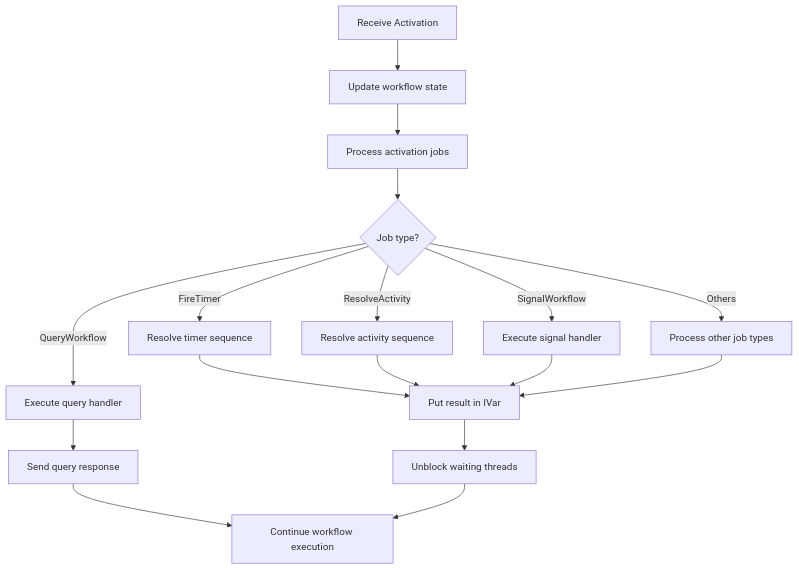
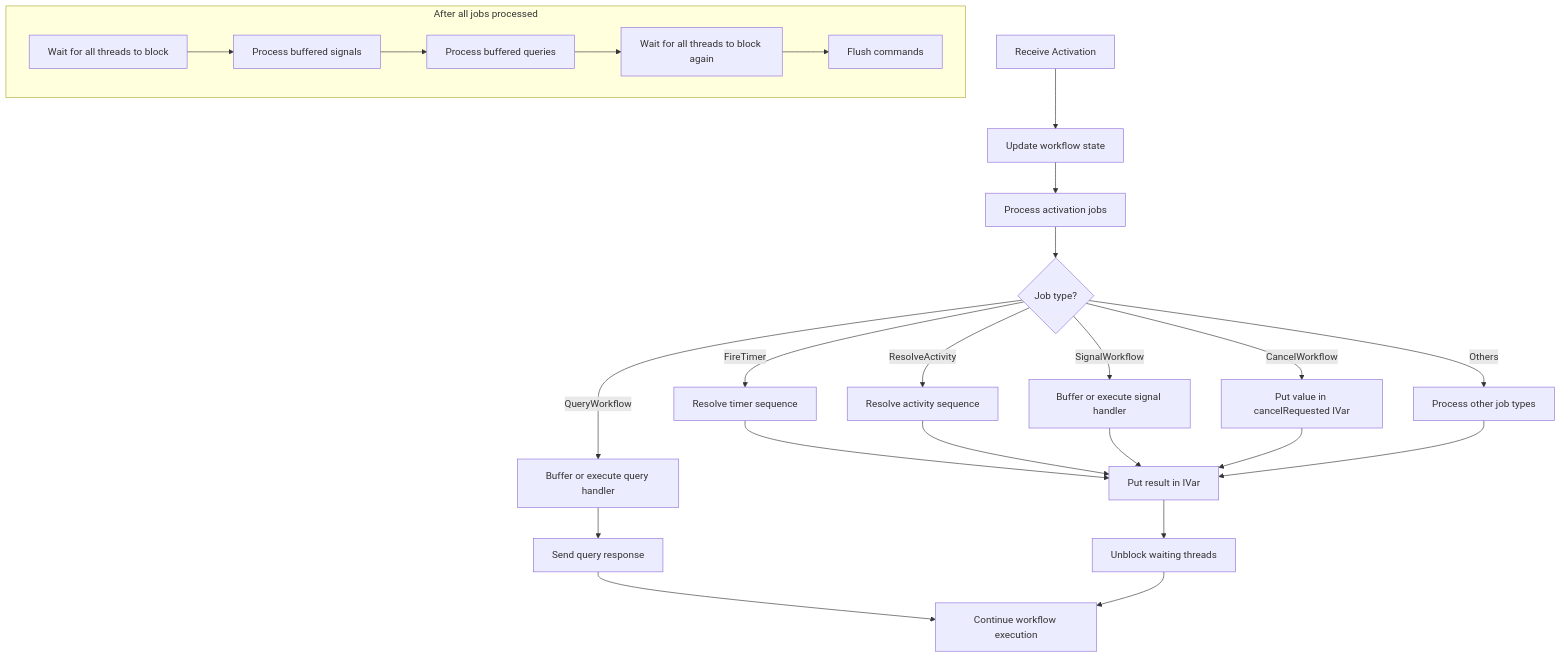
The third of 6 diagrams in docs/workflow-stm.md (MercuryTechnologies/hs-temporal-sdk), drawn with Mermaid before and after one commit. The commit also changed other lines of this file and 12 other files, not shown here.

````diff
--- a/docs/workflow-stm.md
+++ b/docs/workflow-stm.md
@@ -146,22 +147,32 @@
 ```mermaid
 flowchart TD
     A[Receive Activation] --> B[Update workflow state]
     B --> C[Process activation jobs]
     C --> D{Job type?}
 
     D -->|FireTimer| E[Resolve timer sequence]
     D -->|ResolveActivity| F[Resolve activity sequence]
-    D -->|SignalWorkflow| G[Execute signal handler]
-    D -->|QueryWorkflow| H[Execute query handler]
+    D -->|SignalWorkflow| G[Buffer or execute signal handler]
+    D -->|QueryWorkflow| H[Buffer or execute query handler]
+    D -->|CancelWorkflow| I1[Put value in cancelRequested IVar]
     D -->|Others| I[Process other job types]
 
     E --> J[Put result in IVar]
     F --> J
     G --> J
     H --> K[Send query response]
+    I1 --> J
     I --> J
 
     J --> L[Unblock waiting threads]
     K --> M[Continue workflow execution]
     L --> M
+
+    subgraph "After all jobs processed"
+        N[Wait for all threads to block]
+        N --> O[Process buffered signals]
+        O --> P[Process buffered queries]
+        P --> Q[Wait for all threads to block again]
+        Q --> R[Flush commands]
+    end
 ```
````
